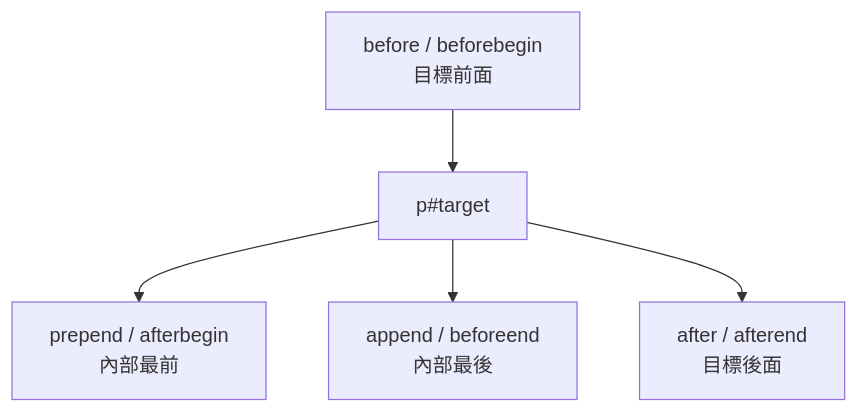
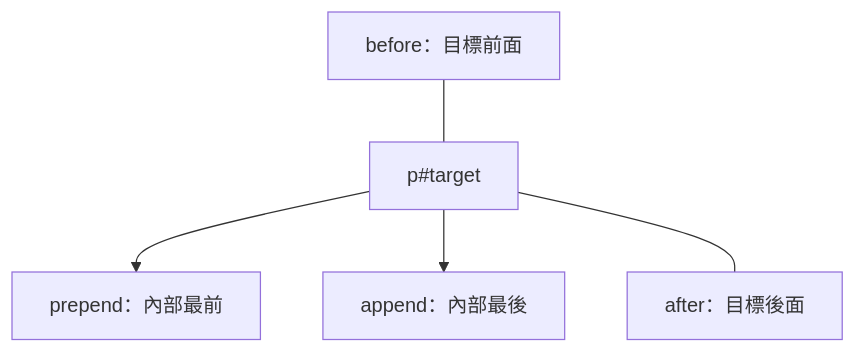
The eighth of 12 diagrams in source/_posts/lokiTech-15day-07-js-dom.md (summer10920/summer10920.github.io), drawn with Mermaid before and after one commit. The commit also changed other lines of this file and 17 other files, not shown here.

```diff
--- a/source/_posts/lokiTech-15day-07-js-dom.md
+++ b/source/_posts/lokiTech-15day-07-js-dom.md
@@ -3647,7 +2693,6 @@
 {% mermaid graph TD %}
-beforeNode["before / beforebegin<br/>目標前面"] --> targetNode["p#target"]
-targetNode --> startNode["prepend / afterbegin<br/>內部最前"]
-targetNode --> endNode["append / beforeend<br/>內部最後"]
-afterNode["after / afterend<br/>目標後面"]
-targetNode --> afterNode
+beforeNode["before：目標前面"] --- targetNode["p#target"]
+targetNode --> startNode["prepend：內部最前"]
+targetNode --> endNode["append：內部最後"]
+targetNode --- afterNode["after：目標後面"]
 {% endmermaid %}
```
